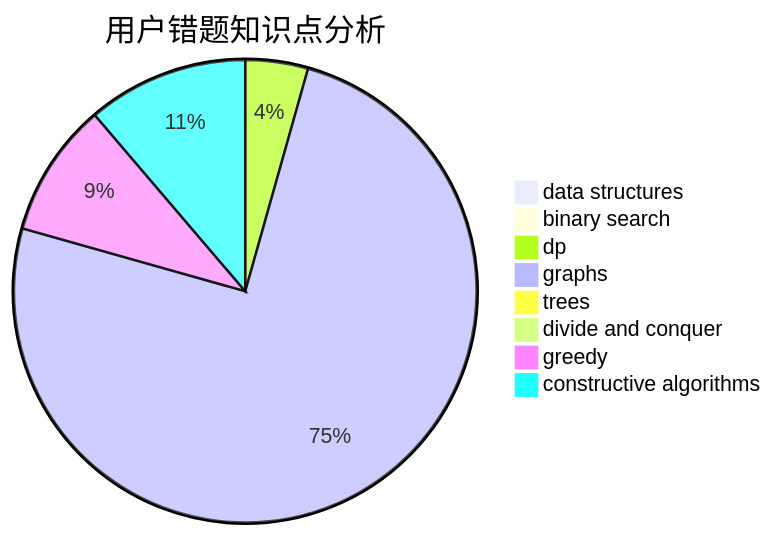
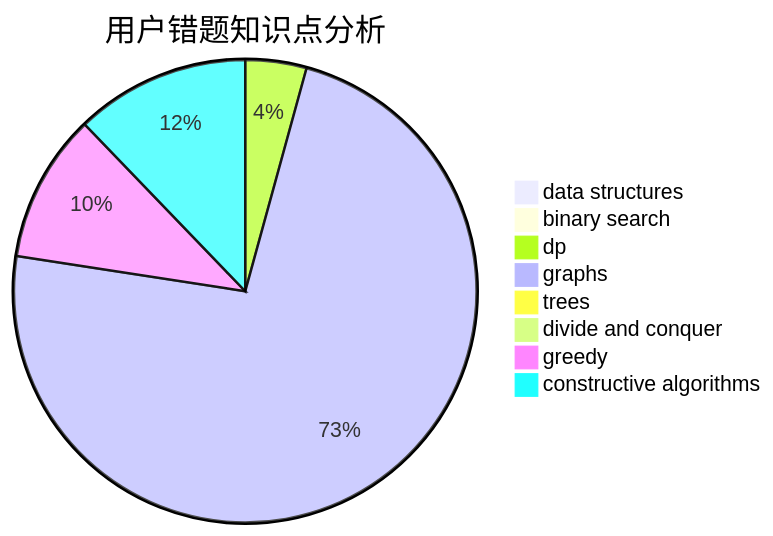
One commit to sherpahu/cfrs.github.io changed the third of 3 diagrams in docs/user/u1960.md. Above: the diagram before and after it, drawn with Mermaid. The commit also changed other lines of this file and 2770 other files, not shown here.

````diff
--- a/docs/user/u1960.md
+++ b/docs/user/u1960.md
@@ -36,11 +36,11 @@
 ```mermaid
 pie title 用户错题知识点分析
     "data structures" :  0
     "binary search" :  0
     "dp" :  7
     "graphs" :  120
     "trees" :  0
     "divide and conquer" :  0
-    "greedy" :  15
-    "constructive algorithms" :  18
+    "greedy" :  17
+    "constructive algorithms" :  20
 ```
````
